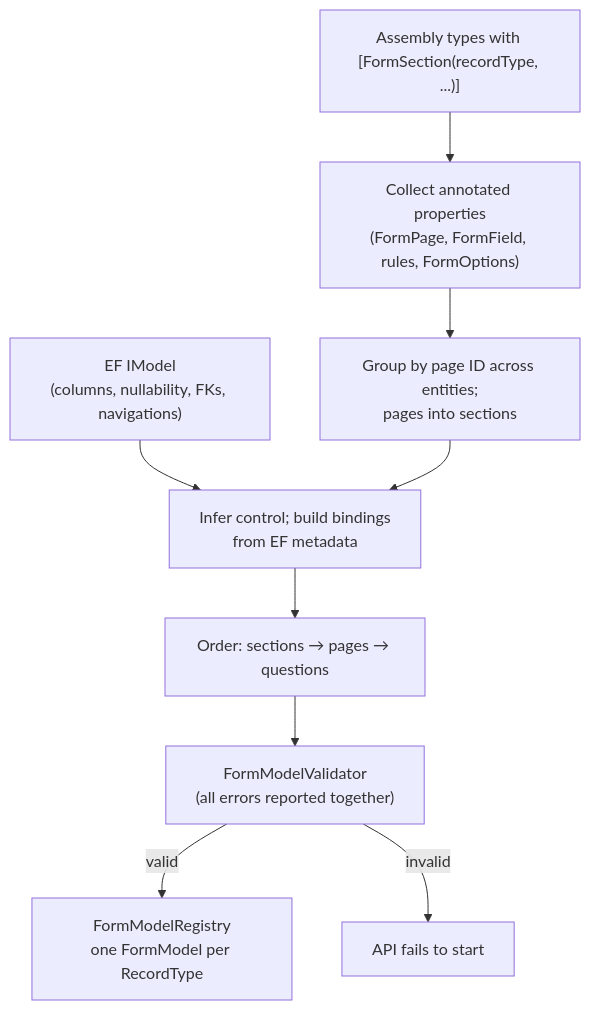
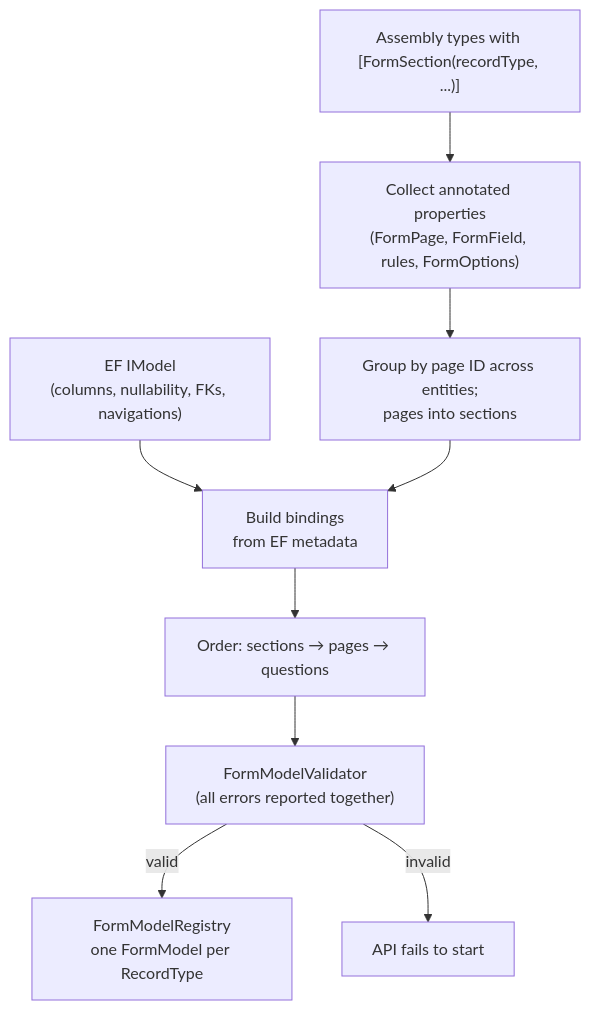
Before and after one commit to ditnice/aws-UKPS: the second of 6 diagrams in documentation/form-generation/high-level-design.md, drawn with Mermaid. The commit also changed other lines of this file and 10 other files, not shown here.

````diff
--- a/documentation/form-generation/high-level-design.md
+++ b/documentation/form-generation/high-level-design.md
@@ -168,11 +168,11 @@
 ```mermaid
 flowchart TD
     A["Assembly types with [FormSection(recordType, ...)]"] --> B["Collect annotated properties<br/>(FormPage, FormField, rules, FormOptions)"]
     M["EF IModel<br/>(columns, nullability, FKs, navigations)"] --> D
     B --> C["Group by page ID across entities;<br/>pages into sections"]
-    C --> D["Infer control; build bindings<br/>from EF metadata"]
+    C --> D["Build bindings<br/>from EF metadata"]
     D --> E["Order: sections → pages → questions"]
     E --> F["FormModelValidator<br/>(all errors reported together)"]
     F -- valid --> G["FormModelRegistry<br/>one FormModel per RecordType"]
     F -- invalid --> X["API fails to start"]
 ```
````
